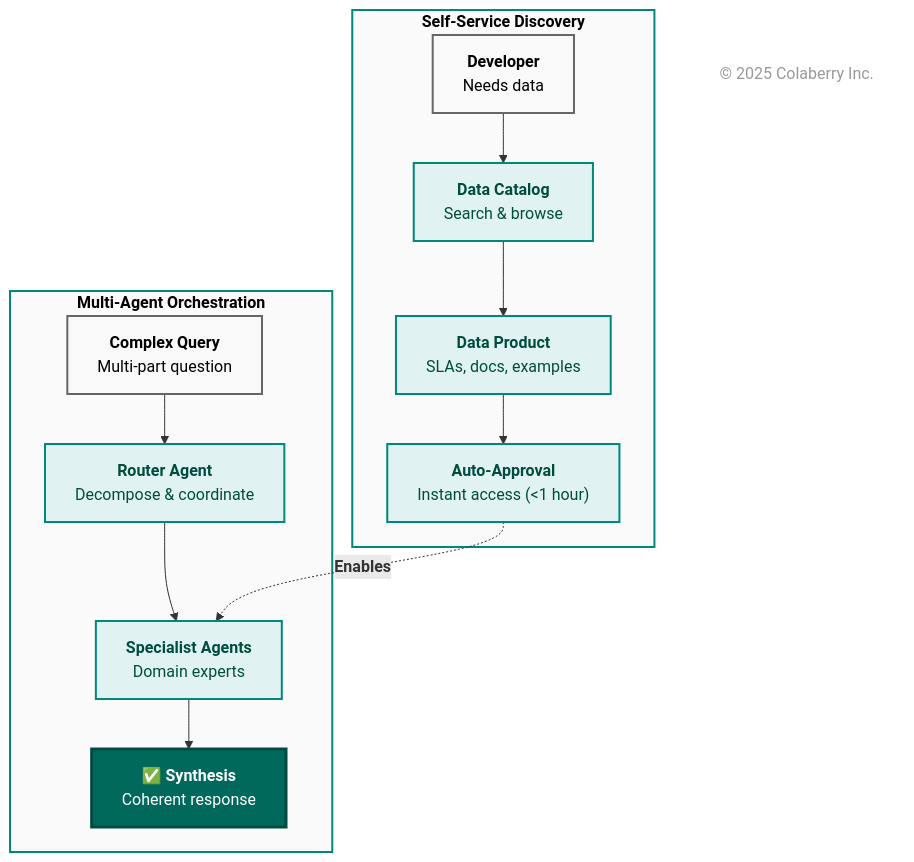
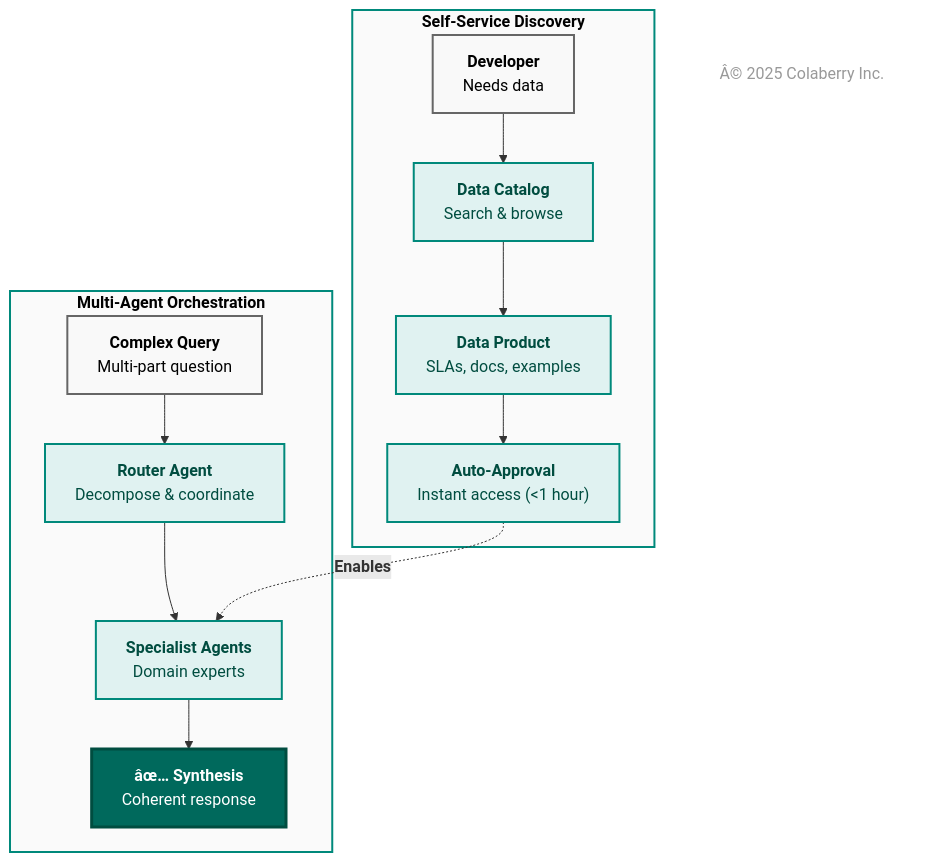
One commit to colaberry/enterprise-data-readiness-ai-agents changed diagram 14 of 18 in chapter-01/chapter_1_complete.md. Above: the diagram before and after it, drawn with Mermaid. The commit also changed other lines of this file and 24 other files, not shown here.

````diff
--- a/chapter-01/chapter_1_complete.md
+++ b/chapter-01/chapter_1_complete.md
@@ -2323,45 +2332,45 @@
 ```mermaid
 graph TB
     subgraph discovery["<b>Self-Service Discovery</b>"]
         DEV["<b>Developer</b><br/>Needs data"]
         CAT["<b>Data Catalog</b><br/>Search & browse"]
         PROD["<b>Data Product</b><br/>SLAs, docs, examples"]
         ACCESS["<b>Auto-Approval</b><br/>Instant access (<1 hour)"]
     end
     
     subgraph orchestration["<b>Multi-Agent Orchestration</b>"]
         QUERY["<b>Complex Query</b><br/>Multi-part question"]
         ROUTER["<b>Router Agent</b><br/>Decompose & coordinate"]
         SPEC["<b>Specialist Agents</b><br/>Domain experts"]
-        SYNTH["<b>✅ Synthesis</b><br/>Coherent response"]
+        SYNTH["<b>âœ… Synthesis</b><br/>Coherent response"]
     end
     
     DEV --> CAT
     CAT --> PROD
     PROD --> ACCESS
     
     QUERY --> ROUTER
     ROUTER --> SPEC
     SPEC --> SYNTH
     
     ACCESS -.->|"<b>Enables</b>"| SPEC
     
     %% Link styling
     
     style discovery fill:#fafafa,stroke:#00897b,stroke-width:2px,color:#000000
     style orchestration fill:#fafafa,stroke:#00897b,stroke-width:2px,color:#000000
     style DEV fill:#f9f9f9,stroke:#666666,stroke-width:2px,color:#000000
     style CAT fill:#e0f2f1,stroke:#00897b,stroke-width:2px,color:#004d40
     style PROD fill:#e0f2f1,stroke:#00897b,stroke-width:2px,color:#004d40
     style ACCESS fill:#e0f2f1,stroke:#00897b,stroke-width:2px,color:#004d40
     style QUERY fill:#f9f9f9,stroke:#666666,stroke-width:2px,color:#000000
     style ROUTER fill:#e0f2f1,stroke:#00897b,stroke-width:2px,color:#004d40
     style SPEC fill:#e0f2f1,stroke:#00897b,stroke-width:2px,color:#004d40
 
     %% Copyright Notice
-    CR["© 2025 Colaberry Inc."]
+    CR["Â© 2025 Colaberry Inc."]
 
     style SYNTH fill:#00695c,color:#ffffff,stroke:#004d40,stroke-width:3px
     style CR fill:none,stroke:none,color:#999999
 
 ```
````
